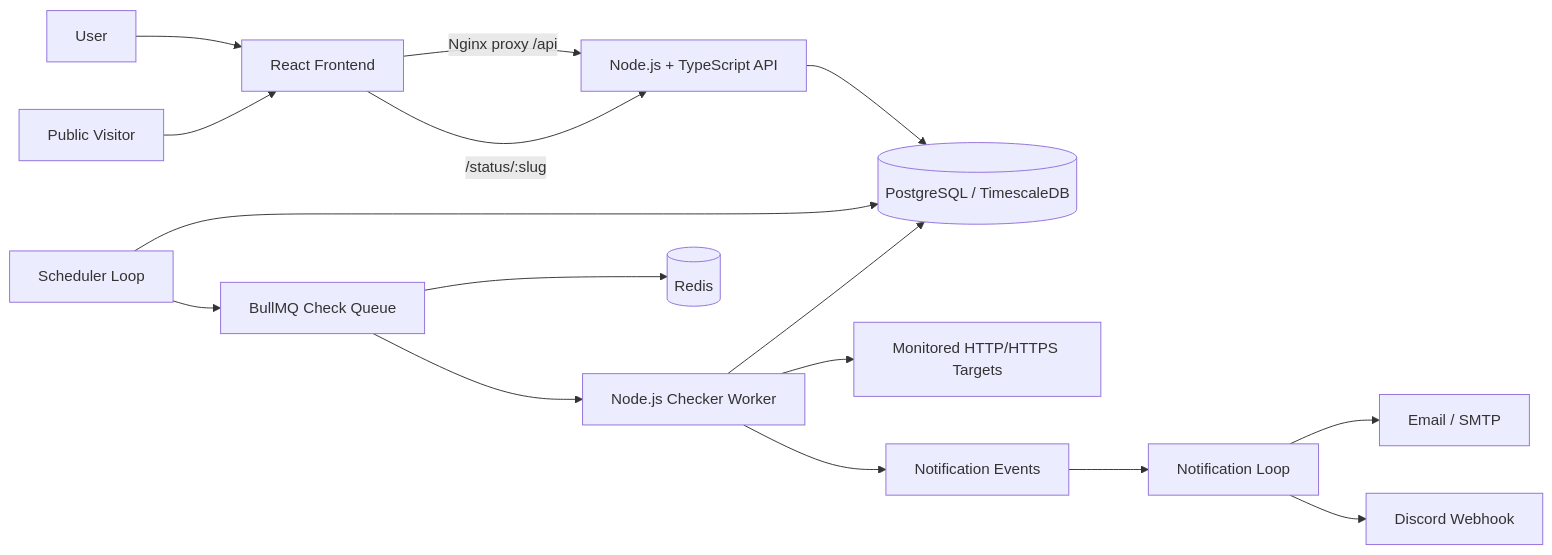
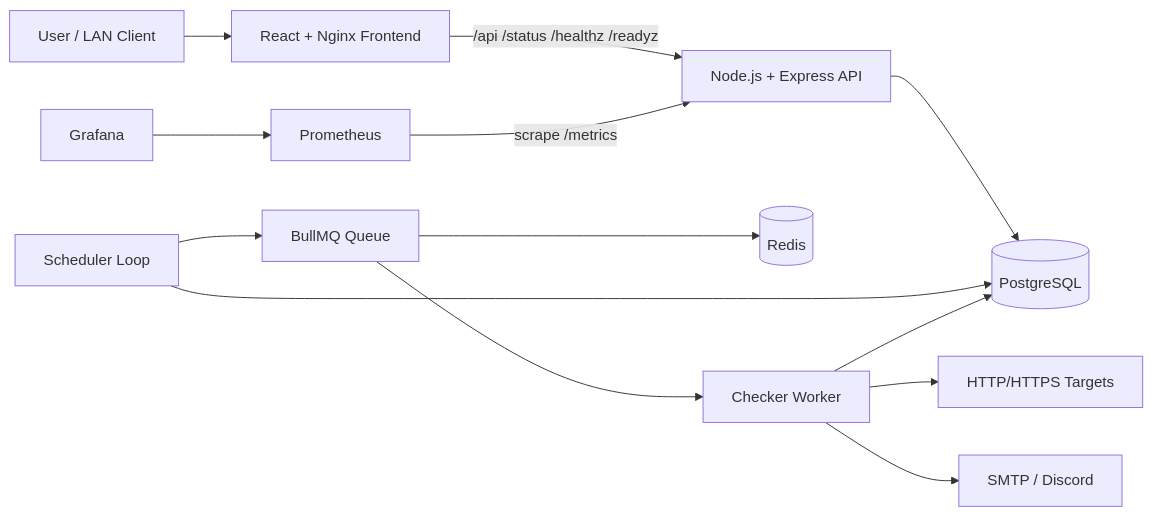
The first of 2 diagrams in docs/architecture.md (getzaa456/pulse-check), drawn with Mermaid before and after one commit. The commit also changed other lines of this file and 3 other files, not shown here.

````diff
--- a/docs/architecture.md
+++ b/docs/architecture.md
@@ -9,22 +9,17 @@
 ```mermaid
 flowchart LR
-    U[User] --> FE[React Frontend]
-    V[Public Visitor] --> FE
+    User[User / LAN Client] --> FE[React + Nginx Frontend]
+    FE -->|/api /status /healthz /readyz| API[Node.js + Express API]
+    API --> DB[(PostgreSQL)]
 
-    FE -->|Nginx proxy /api| API[Node.js + TypeScript API]
-    FE -->|/status/:slug| API
+    Scheduler[Scheduler Loop] --> DB
+    Scheduler --> Queue[BullMQ Queue]
+    Queue --> Redis[(Redis)]
+    Queue --> Worker[Checker Worker]
+    Worker --> Targets[HTTP/HTTPS Targets]
+    Worker --> DB
+    Worker --> Notify[SMTP / Discord]
 
-    API --> PG[(PostgreSQL / TimescaleDB)]
-
-    S[Scheduler Loop] --> PG
-    S --> Q[BullMQ Check Queue]
-    Q --> W[Node.js Checker Worker]
-    Q --> R[(Redis)]
-    W --> T[Monitored HTTP/HTTPS Targets]
-    W --> PG
-
-    W --> NE[Notification Events]
-    NE --> NW[Notification Loop]
-    NW --> SMTP[Email / SMTP]
-    NW --> DISCORD[Discord Webhook]
+    Prom[Prometheus] -->|scrape /metrics| API
+    Grafana[Grafana] --> Prom
 ```
````
